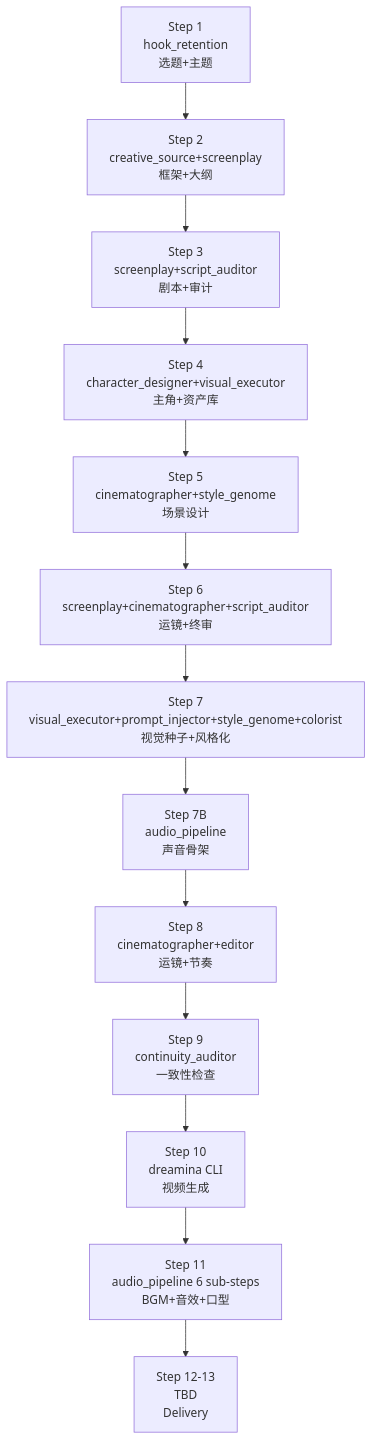
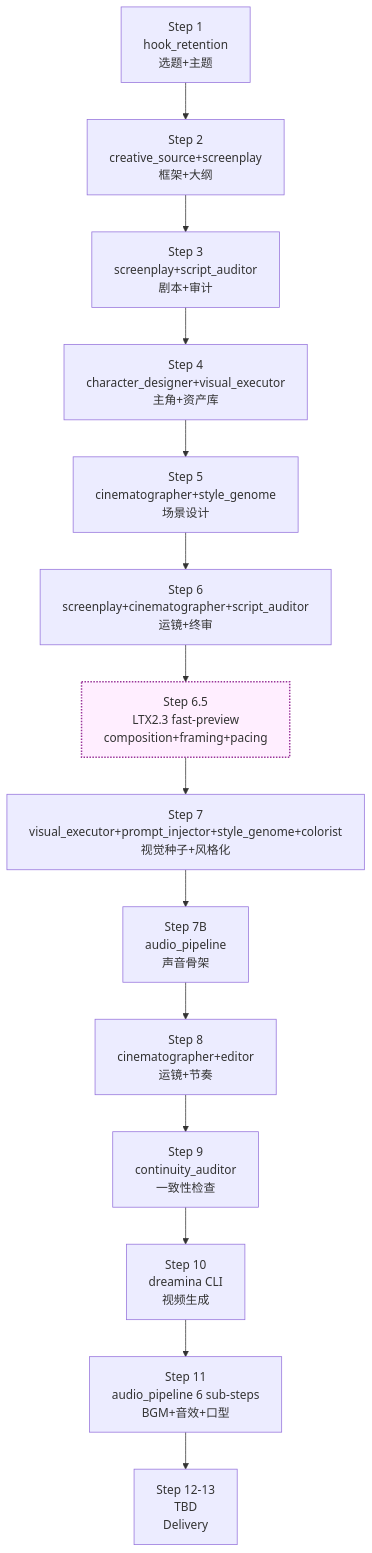
The diagram in skills/kais-movie-pipeline/references/pipeline-dag.md (kaiger666888/hermes-agent), drawn with Mermaid before and after one commit. The commit also changed other lines of this file, not shown here.

First line of the commit message:
docs(phase-41-03): annotate Step 6.5 in pipeline-dag.md (PREVIEW-02 DAG side)

````diff
--- a/skills/kais-movie-pipeline/references/pipeline-dag.md
+++ b/skills/kais-movie-pipeline/references/pipeline-dag.md
@@ -21,29 +21,34 @@
 ```mermaid
 graph TD
     S1[Step 1<br/>hook_retention<br/>选题+主题]
     S2[Step 2<br/>creative_source+screenplay<br/>框架+大纲]
     S3[Step 3<br/>screenplay+script_auditor<br/>剧本+审计]
     S4[Step 4<br/>character_designer+visual_executor<br/>主角+资产库]
     S5[Step 5<br/>cinematographer+style_genome<br/>场景设计]
     S6[Step 6<br/>screenplay+cinematographer+script_auditor<br/>运镜+终审]
+    S65[Step 6.5<br/>LTX2.3 fast-preview<br/>composition+framing+pacing]
     S7[Step 7<br/>visual_executor+prompt_injector+style_genome+colorist<br/>视觉种子+风格化]
     S7B[Step 7B<br/>audio_pipeline<br/>声音骨架]
     S8[Step 8<br/>cinematographer+editor<br/>运镜+节奏]
     S9[Step 9<br/>continuity_auditor<br/>一致性检查]
     S10[Step 10<br/>dreamina CLI<br/>视频生成]
     S11[Step 11<br/>audio_pipeline 6 sub-steps<br/>BGM+音效+口型]
     S1213[Step 12-13<br/>TBD<br/>Delivery]
 
     S1 --> S2
     S2 --> S3
     S3 --> S4
     S4 --> S5
     S5 --> S6
-    S6 --> S7
+    S6 --> S65
+    S65 --> S7
     S7 --> S7B
     S7B --> S8
     S8 --> S9
     S9 --> S10
     S10 --> S11
     S11 --> S1213
+
+    classDef p41 fill:#fef,stroke:#939,stroke-width:2px,stroke-dasharray: 2 2
+    class S65 p41
 ```
````
